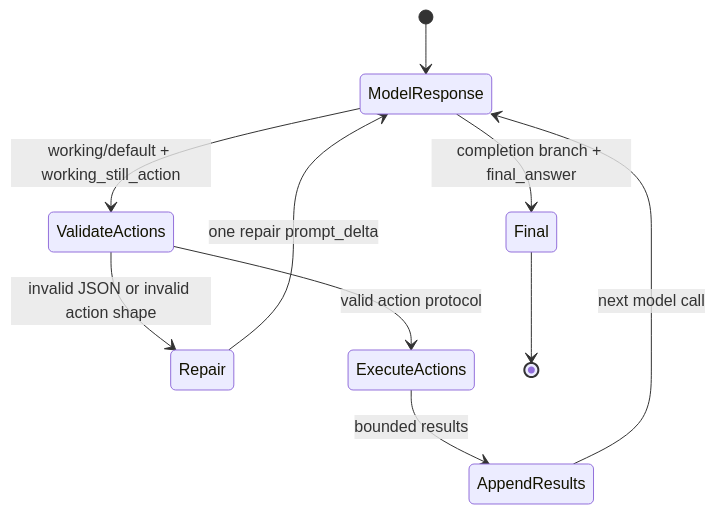
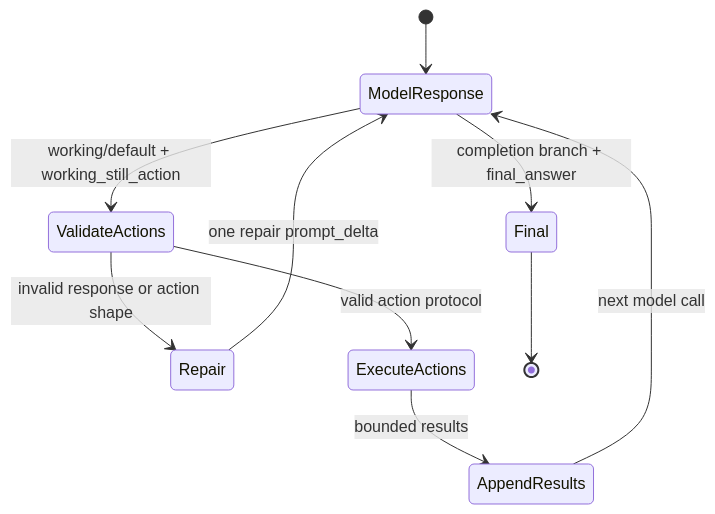
One commit to moliam/TimemAi changed the third of 4 diagrams in docs/architecture.md. Above: the diagram before and after it, drawn with Mermaid. The commit also changed other lines of this file and 48 other files, not shown here.

````diff
--- a/docs/architecture.md
+++ b/docs/architecture.md
@@ -1076,12 +1057,12 @@
 ```mermaid
 stateDiagram-v2
     [*] --> ModelResponse
     ModelResponse --> Final: completion branch + final_answer
     ModelResponse --> ValidateActions: working/default + working_still_action
-    ValidateActions --> Repair: invalid JSON or invalid action shape
+    ValidateActions --> Repair: invalid response or action shape
     Repair --> ModelResponse: one repair prompt_delta
     ValidateActions --> ExecuteActions: valid action protocol
     ExecuteActions --> AppendResults: bounded results
     AppendResults --> ModelResponse: next model call
     Final --> [*]
 ```
````
